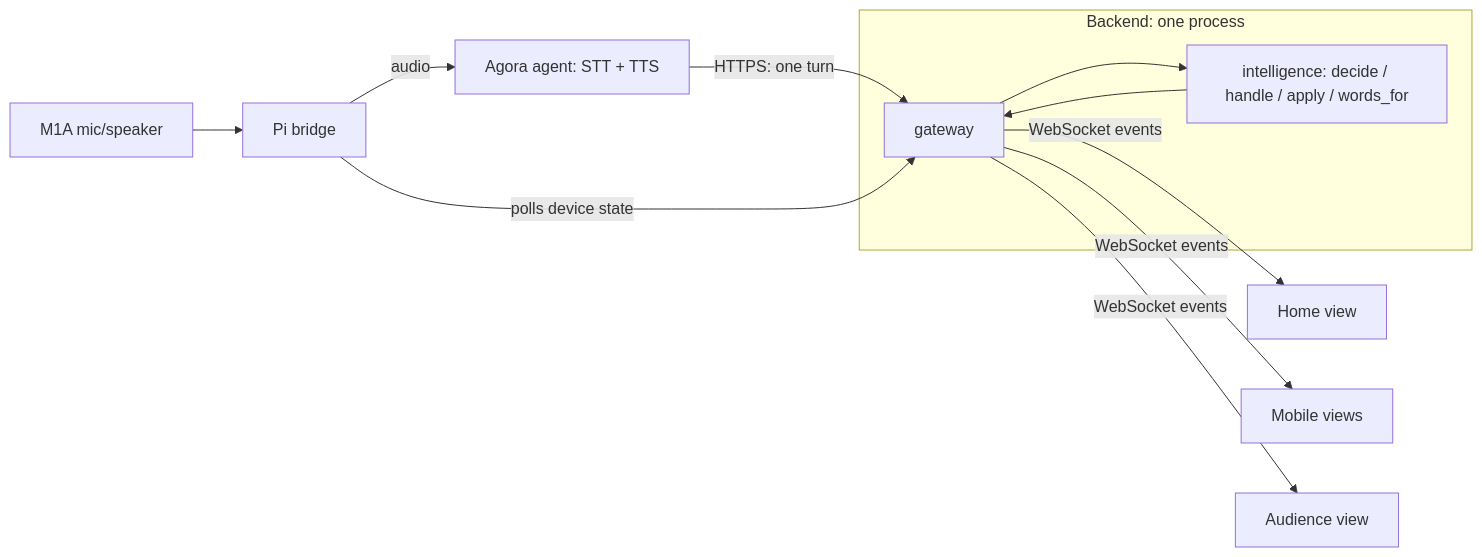
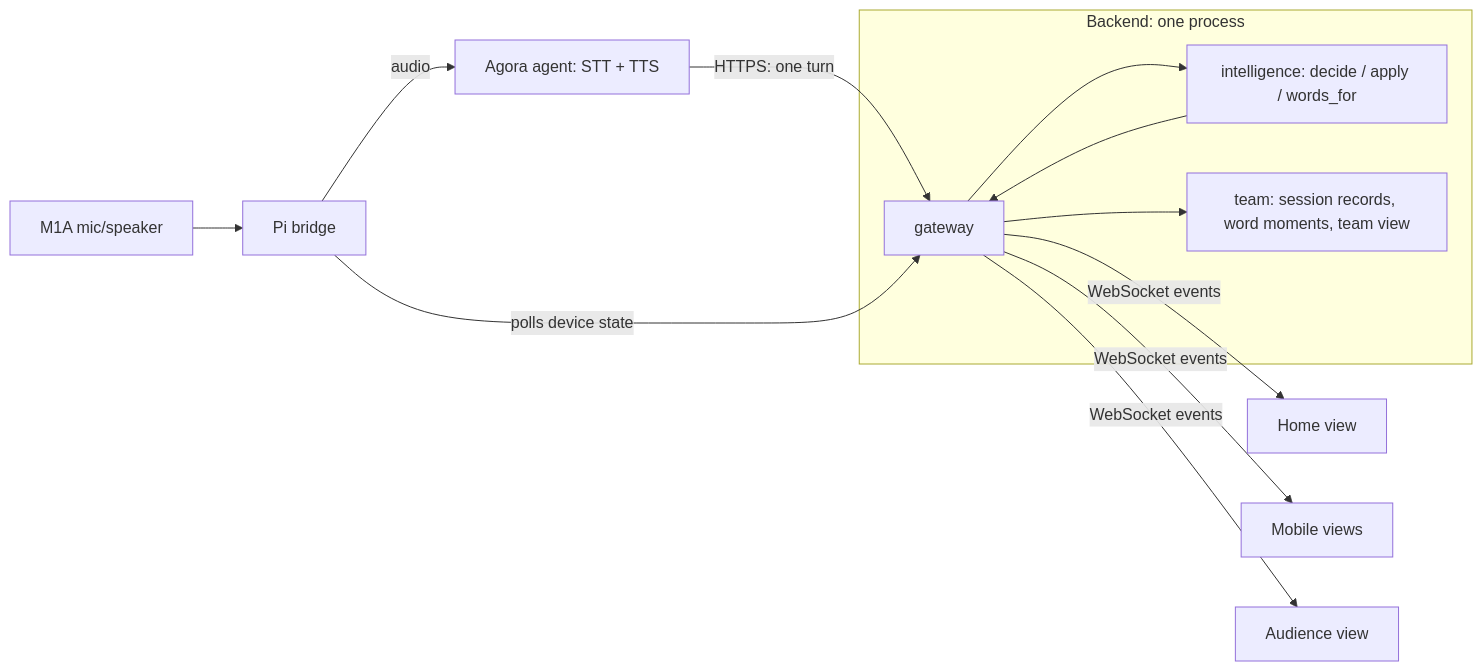
The diagram in README.md (luisfelipeluis49/mochi), drawn with Mermaid before and after one commit. The commit also changed other lines of this file and 209 other files, not shown here.

````diff
--- a/README.md
+++ b/README.md
@@ -11,14 +14,15 @@
 ```mermaid
 flowchart LR
   M1A[M1A mic/speaker] --> Pi[Pi bridge]
   Pi -- audio --> Agora[Agora agent: STT + TTS]
   Agora -- "HTTPS: one turn" --> GW
   subgraph Backend [Backend: one process]
-    GW[gateway] --> INT[intelligence: decide / handle / apply / words_for]
+    GW[gateway] --> INT[intelligence: decide / apply / words_for]
     INT --> GW
+    GW --> TEAM[team: session records, word moments, team view]
   end
   GW -- WebSocket events --> Home[Home view]
   GW -- WebSocket events --> Mobile[Mobile views]
   GW -- WebSocket events --> Aud[Audience view]
   Pi -- polls device state --> GW
 ```
````
